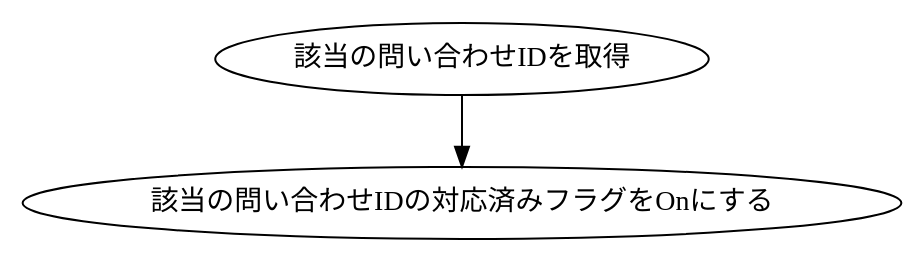
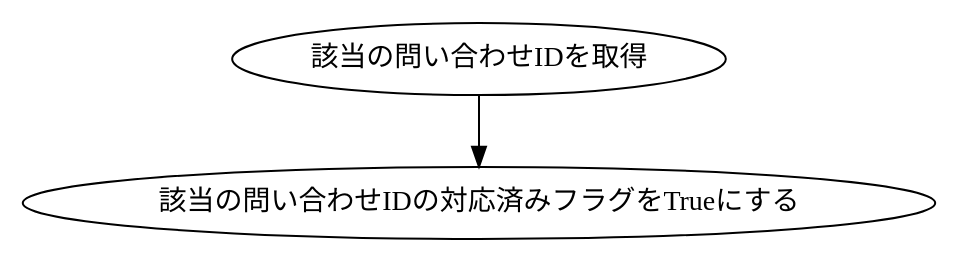
Before and after one commit to KUT-Group12/internal_design: the diagram in dot/sato/ProcessContact.dot, drawn with Graphviz. The commit also changed 12 other files, not shown here.

```diff
--- a/dot/sato/ProcessContact.dot
+++ b/dot/sato/ProcessContact.dot
@@ -1,8 +1,8 @@
 digraph G {
     #include "style.doth"
 
     get[label = "該当の問い合わせIDを取得"]
-    flag[label = "該当の問い合わせIDの対応済みフラグをOnにする"]
+    flag[label = "該当の問い合わせIDの対応済みフラグをTrueにする"]
 
     get -> flag
 }
```
